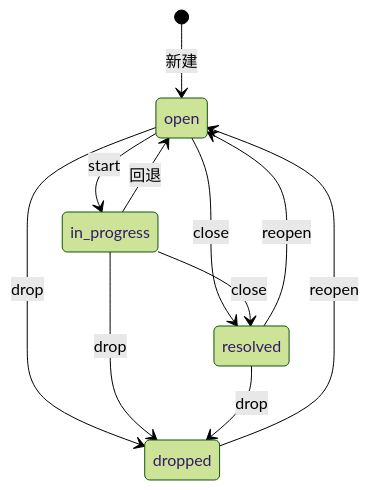
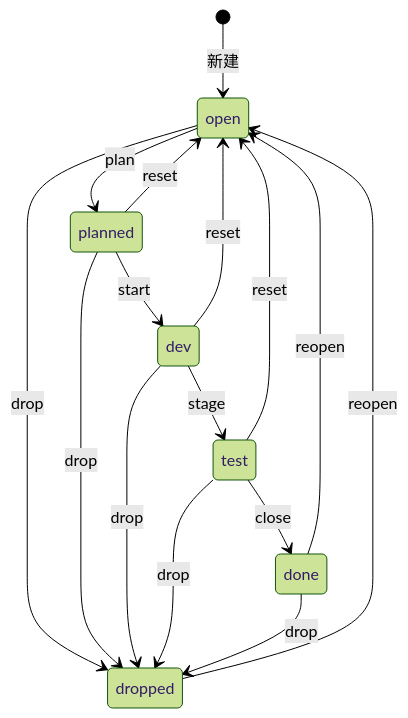
One commit to yanqd0/mint changed the diagram in notes/DDD.md. Above: the diagram before and after it, drawn with Mermaid (forest theme). The commit also changed other lines of this file and 4 other files, not shown here.

````diff
--- a/notes/DDD.md
+++ b/notes/DDD.md
@@ -30,13 +55,18 @@
 ```mermaid
 stateDiagram-v2
   [*] --> open: 新建
-  open --> in_progress: start
-  open --> resolved: close
+  open --> planned: plan
+  planned --> dev: start
+  dev --> test: stage
+  test --> done: close
+  planned --> open: reset
+  dev --> open: reset
+  test --> open: reset
+  done --> open: reopen
+  dropped --> open: reopen
   open --> dropped: drop
-  in_progress --> resolved: close
-  in_progress --> open: 回退
-  in_progress --> dropped: drop
-  resolved --> dropped: drop
-  resolved --> open: reopen
-  dropped --> open: reopen
+  planned --> dropped: drop
+  dev --> dropped: drop
+  test --> dropped: drop
+  done --> dropped: drop
 ```
````
